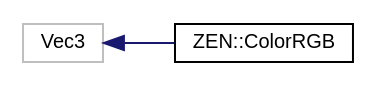
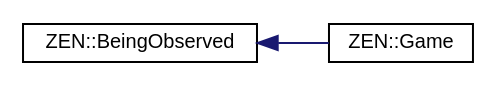
The diagram in inherit_graph_1.dot (markhj/zeronetics), drawn with Graphviz before and after one commit. The commit also changed 190 other files, not shown here.

```diff
--- a/inherit_graph_1.dot
+++ b/inherit_graph_1.dot
@@ -1,10 +1,10 @@
 digraph "Graphical Class Hierarchy"
 {
  // LATEX_PDF_SIZE
   edge [fontname="Helvetica",fontsize="10",labelfontname="Helvetica",labelfontsize="10"];
   node [fontname="Helvetica",fontsize="10",shape=record];
   rankdir="LR";
-  Node60 [label="Vec3",height=0.2,width=0.4,color="grey75", fillcolor="white", style="filled",tooltip=" "];
-  Node60 -> Node0 [dir="back",color="midnightblue",fontsize="10",style="solid",fontname="Helvetica"];
-  Node0 [label="ZEN::ColorRGB",height=0.2,width=0.4,color="black", fillcolor="white", style="filled",URL="$classZEN_1_1ColorRGB.html",tooltip=" "];
+  Node0 [label="ZEN::BeingObserved",height=0.2,width=0.4,color="black", fillcolor="white", style="filled",URL="$classZEN_1_1BeingObserved.html",tooltip=" "];
+  Node0 -> Node1 [dir="back",color="midnightblue",fontsize="10",style="solid",fontname="Helvetica"];
+  Node1 [label="ZEN::Game",height=0.2,width=0.4,color="black", fillcolor="white", style="filled",URL="$classZEN_1_1Game.html",tooltip=" "];
 }
```
